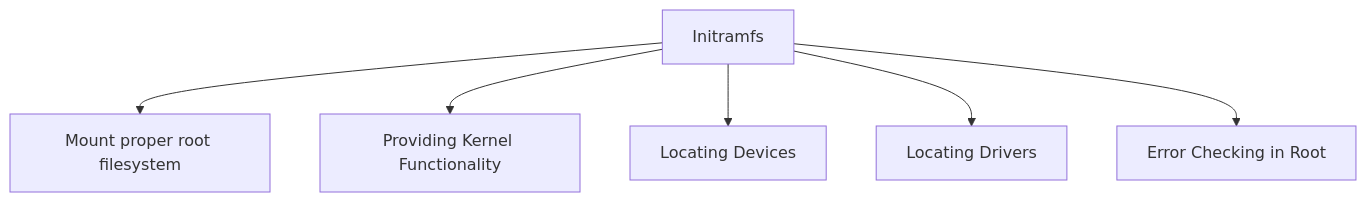
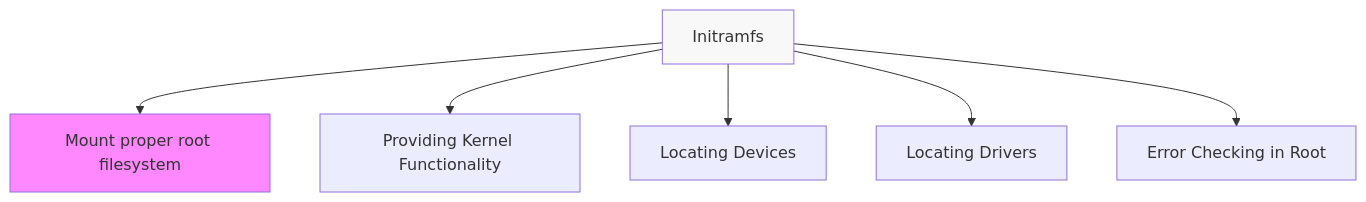
Before and after one commit to HorningGit/Rayquaza_Resources: the third of 3 diagrams in tools/admin/linux/bootprocess.md, drawn with Mermaid. The commit also changed other lines of this file, not shown here.

````diff
--- a/tools/admin/linux/bootprocess.md
+++ b/tools/admin/linux/bootprocess.md
@@ -43,8 +51,10 @@
 ```mermaid
 flowchart TD;
     A[Initramfs]-->B[Mount proper root filesystem]
     A[Initramfs]-->C[Providing Kernel Functionality]
     A[Initramfs]-->D[Locating Devices]
     A[Initramfs]-->E[Locating Drivers]
     A[Initramfs]-->F[Error Checking in Root]
+    style A fill:#f8f8f8
+    style B fill:#f8f
 ```
````
